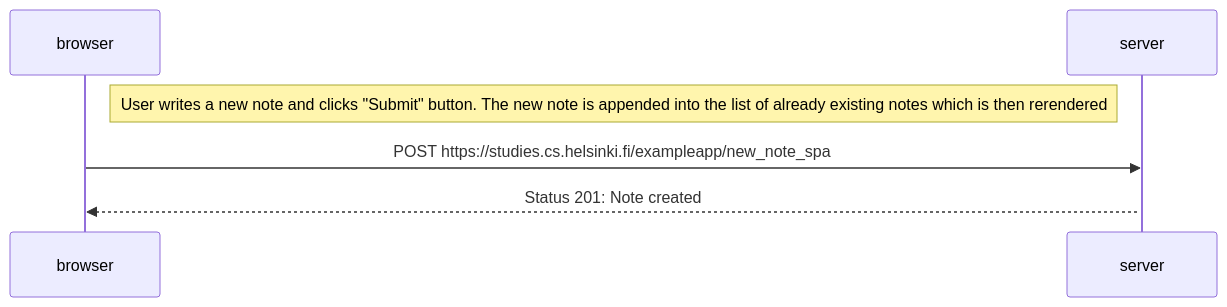
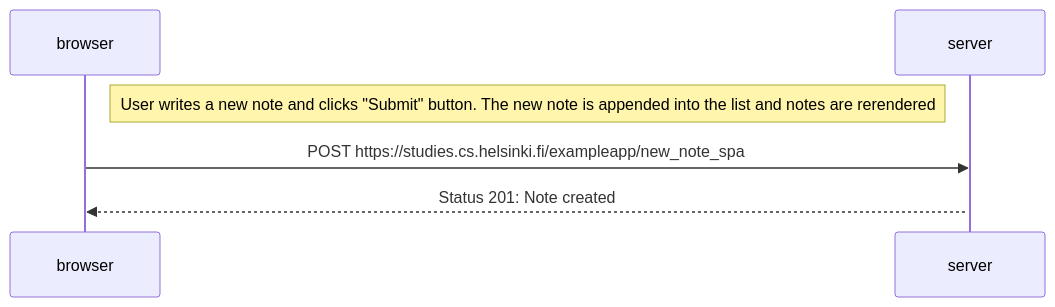
Before and after one commit to haseeb1496/fullstack_open_university_course: the diagram in part0/exercise-0.6.md, drawn with Mermaid. The commit also changed 2 other files, not shown here.

Commit message:
Exercises part 0

````diff
--- a/part0/exercise-0.6.md
+++ b/part0/exercise-0.6.md
@@ -1,10 +1,10 @@
 ```mermaid
 sequenceDiagram
     participant browser
     participant server
 
-    Note right of browser: User writes a new note and clicks "Submit" button. The new note is appended into the list of already existing notes which is then rerendered
+    Note right of browser: User writes a new note and clicks "Submit" button. The new note is appended into the list and notes are rerendered
     browser->>server: POST https://studies.cs.helsinki.fi/exampleapp/new_note_spa
     activate server
     server-->>browser: Status 201: Note created
 ```
````
